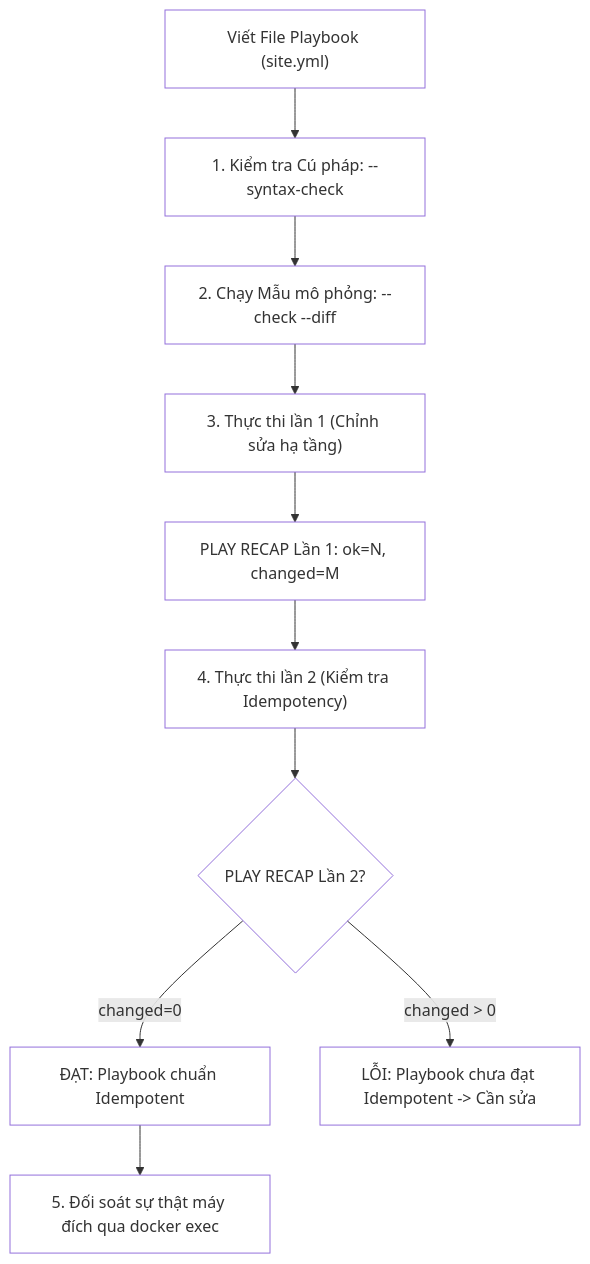
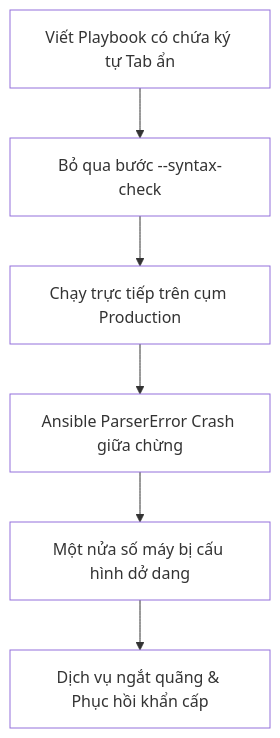
One commit to kiennt308/ntk changed the second of 3 diagrams in _posts/2026-09-13-ansible-05-05-playbook-dau-tien.md. Above: the diagram before and after it, drawn with Mermaid. The commit also changed other lines of this file and 30 other files, not shown here.

````diff
--- a/_posts/2026-09-13-ansible-05-05-playbook-dau-tien.md
+++ b/_posts/2026-09-13-ansible-05-05-playbook-dau-tien.md
@@ -329,23 +212,15 @@
 ```mermaid
 flowchart TD
-    A["Viết File Playbook (site.yml)"] --> B["1. Kiểm tra Cú pháp: --syntax-check"]
-    B --> C["2. Chạy Mẫu mô phỏng: --check --diff"]
-    C --> D["3. Thực thi lần 1 (Chỉnh sửa hạ tầng)"]
-    D --> E["PLAY RECAP Lần 1: ok=N, changed=M"]
-    E --> F["4. Thực thi lần 2 (Kiểm tra Idempotency)"]
-    F --> G{"PLAY RECAP Lần 2?"}
-    G -- changed=0 --> H["ĐẠT: Playbook chuẩn Idempotent"]
-    G -- changed > 0 --> I["LỖI: Playbook chưa đạt Idempotent -> Cần sửa"]
-    H --> J["5. Đối soát sự thật máy đích qua docker exec"]
+    A["Viết Playbook có chứa ký tự Tab ẩn"] --> B["Bỏ qua bước --syntax-check"]
+    B --> C["Chạy trực tiếp trên cụm Production"]
+    C --> D["Ansible ParserError Crash giữa chừng"]
+    D --> E["Một nửa số máy bị cấu hình dở dang"]
+    E --> F["Dịch vụ ngắt quãng & Phục hồi khẩn cấp"]
 
     style A fill:none
     style B fill:none
     style C fill:none
     style D fill:none
     style E fill:none
     style F fill:none
-    style G fill:none
-    style H fill:none
-    style I fill:none
-    style J fill:none
 ```
````
